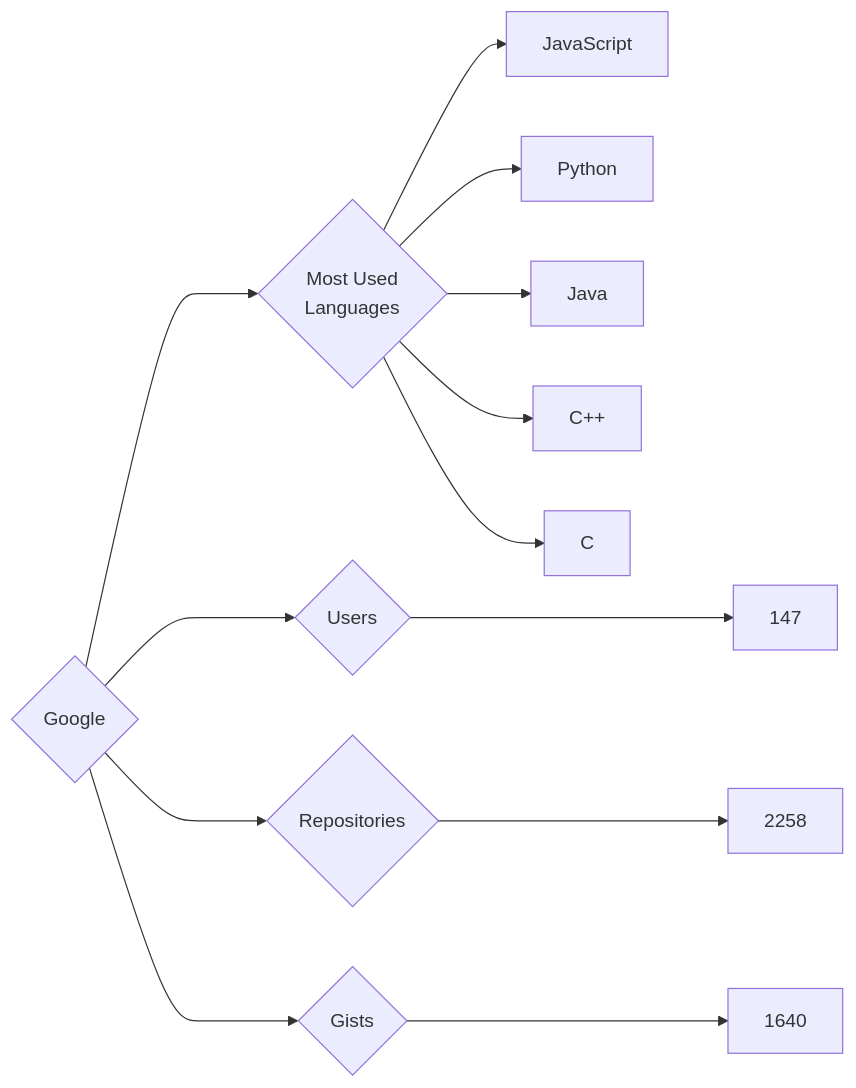
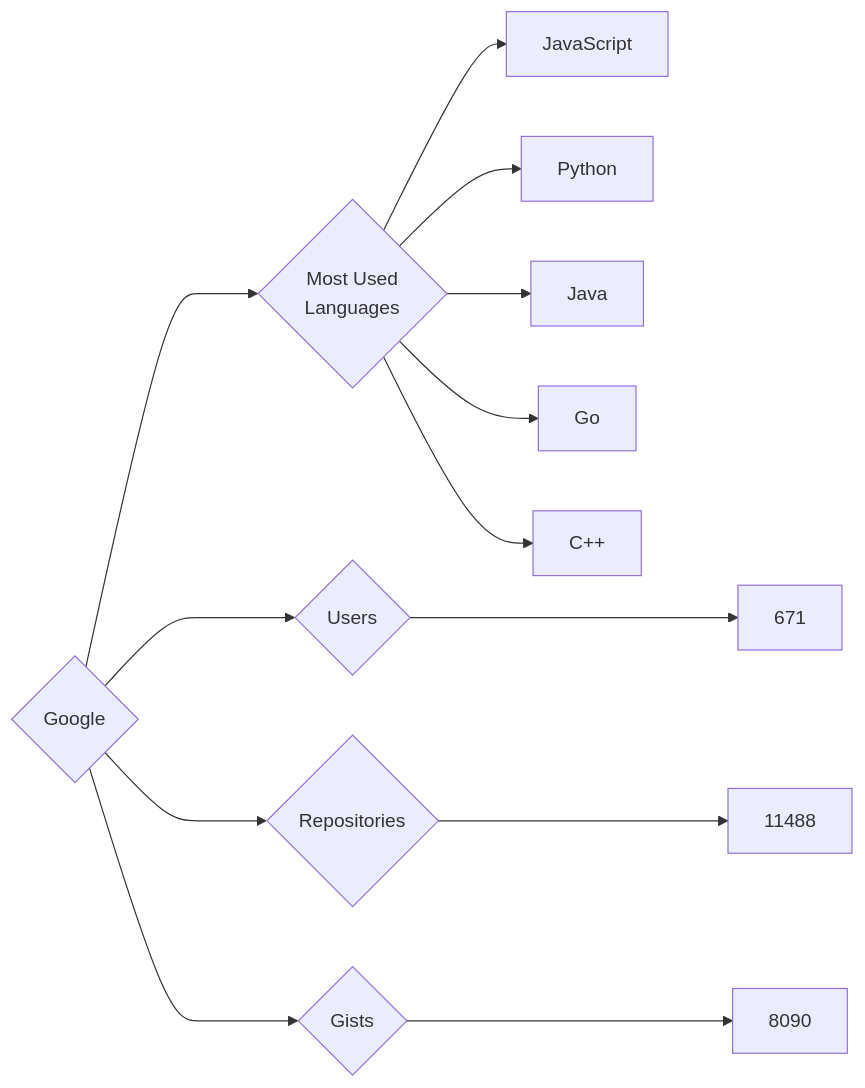
One commit to trickest/insiders changed the diagram in targets/Google/README.md. Above: the diagram before and after it, drawn with Mermaid. The commit also changed 935 other files, not shown here.

````diff
--- a/targets/Google/README.md
+++ b/targets/Google/README.md
@@ -3,13 +3,13 @@
 ```mermaid
 graph LR
 COMPANY_NAME{Google}
-COMPANY_NAME ---> U{Users} ---> UN[147]
-COMPANY_NAME ---> R{Repositories} ---> RN[2258]
-COMPANY_NAME ---> G{Gists} ---> GN[1640]
+COMPANY_NAME ---> U{Users} ---> UN[671]
+COMPANY_NAME ---> R{Repositories} ---> RN[11488]
+COMPANY_NAME ---> G{Gists} ---> GN[8090]
 COMPANY_NAME ---> ML{Most Used<br>Languages}
 ML --> JavaScript[JavaScript]
 ML --> Python[Python]
 ML --> Java[Java]
+ML --> Go[Go]
 ML --> C++[C++]
-ML --> C[C]
 ```
````
